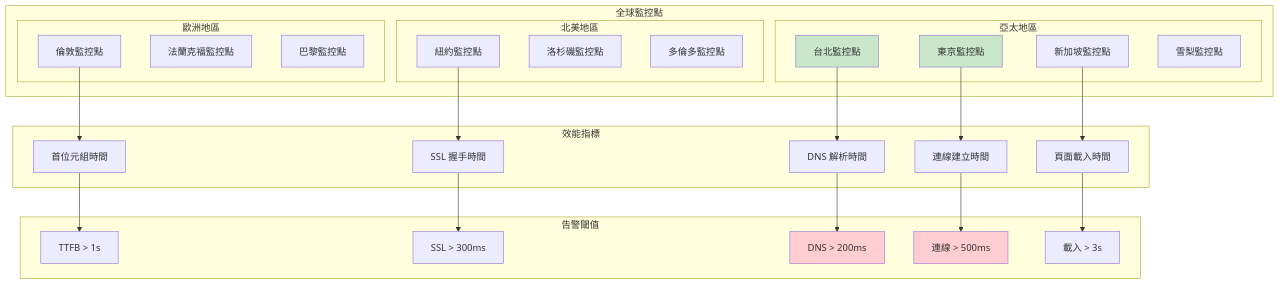
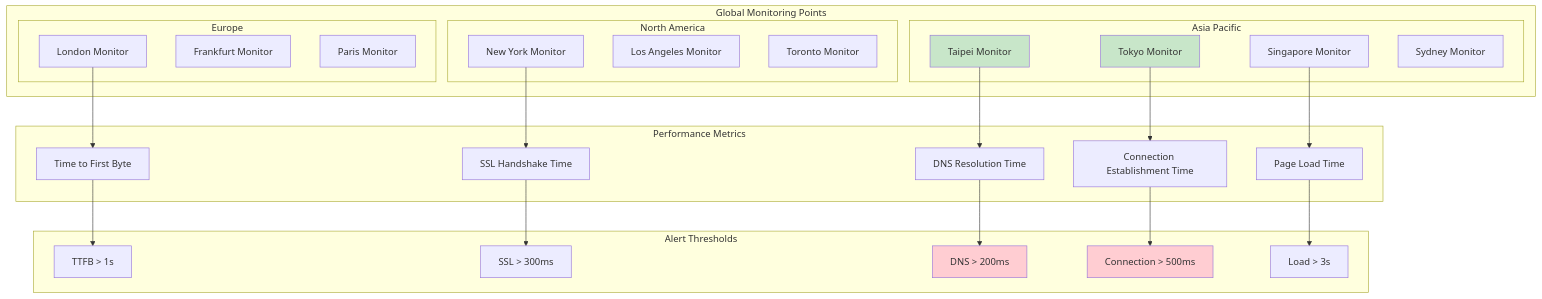
One commit to humank/genai-demo changed diagram 11 of 11 in docs/viewpoints/operational/dns-disaster-recovery.md. Above: the diagram before and after it, drawn with Mermaid. The commit also changed other lines of this file and 453 other files, not shown here.

First line of the commit message:
feat: Complete translation of key architecture and API documentation

````diff
--- a/docs/viewpoints/operational/dns-disaster-recovery.md
+++ b/docs/viewpoints/operational/dns-disaster-recovery.md
@@ -769,56 +769,56 @@
 ```mermaid
 graph TB
-    subgraph "全球監控點"
-        subgraph "亞太地區"
-            AP1[台北監控點]
-            AP2[東京監控點]
-            AP3[新加坡監控點]
-            AP4[雪梨監控點]
+    subgraph "Global Monitoring Points"
+        subgraph "Asia Pacific"
+            AP1[Taipei Monitor]
+            AP2[Tokyo Monitor]
+            AP3[Singapore Monitor]
+            AP4[Sydney Monitor]
         end
         
-        subgraph "北美地區"
-            NA1[紐約監控點]
-            NA2[洛杉磯監控點]
-            NA3[多倫多監控點]
+        subgraph "North America"
+            NA1[New York Monitor]
+            NA2[Los Angeles Monitor]
+            NA3[Toronto Monitor]
         end
         
-        subgraph "歐洲地區"
-            EU1[倫敦監控點]
-            EU2[法蘭克福監控點]
-            EU3[巴黎監控點]
+        subgraph "Europe"
+            EU1[London Monitor]
+            EU2[Frankfurt Monitor]
+            EU3[Paris Monitor]
         end
     end
     
-    subgraph "效能指標"
-        DNS_Time[DNS 解析時間]
-        Connect_Time[連線建立時間]
-        SSL_Time[SSL 握手時間]
-        TTFB[首位元組時間]
-        Load_Time[頁面載入時間]
+    subgraph "Performance Metrics"
+        DNS_Time[DNS Resolution Time]
+        Connect_Time[Connection Establishment Time]
+        SSL_Time[SSL Handshake Time]
+        TTFB[Time to First Byte]
+        Load_Time[Page Load Time]
     end
     
-    subgraph "告警閾值"
+    subgraph "Alert Thresholds"
         DNS_Alert[DNS > 200ms]
-        Connect_Alert[連線 > 500ms]
+        Connect_Alert[Connection > 500ms]
         SSL_Alert[SSL > 300ms]
         TTFB_Alert[TTFB > 1s]
-        Load_Alert[載入 > 3s]
+        Load_Alert[Load > 3s]
     end
     
     AP1 --> DNS_Time
     AP2 --> Connect_Time
     NA1 --> SSL_Time
     EU1 --> TTFB
     AP3 --> Load_Time
     
     DNS_Time --> DNS_Alert
     Connect_Time --> Connect_Alert
     SSL_Time --> SSL_Alert
     TTFB --> TTFB_Alert
     Load_Time --> Load_Alert
     
     style AP1 fill:#c8e6c9
     style AP2 fill:#c8e6c9
     style DNS_Alert fill:#ffcdd2
     style Connect_Alert fill:#ffcdd2
 ```
````
